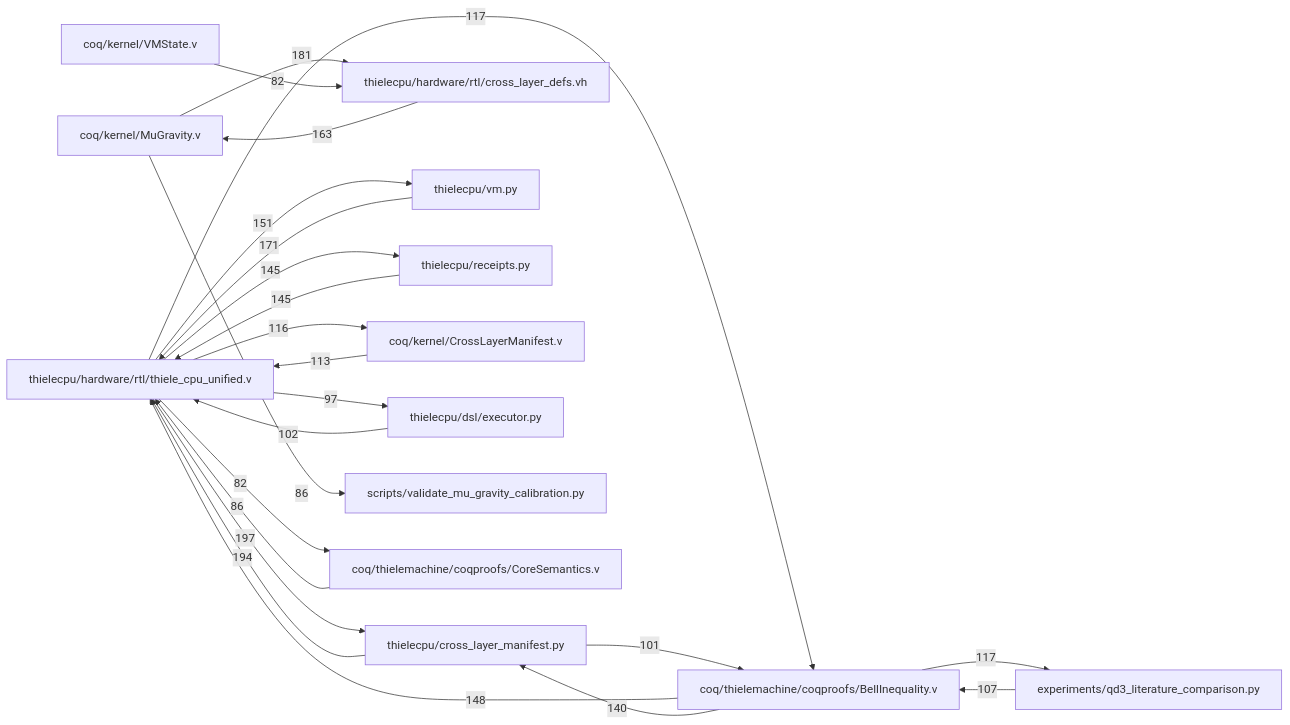
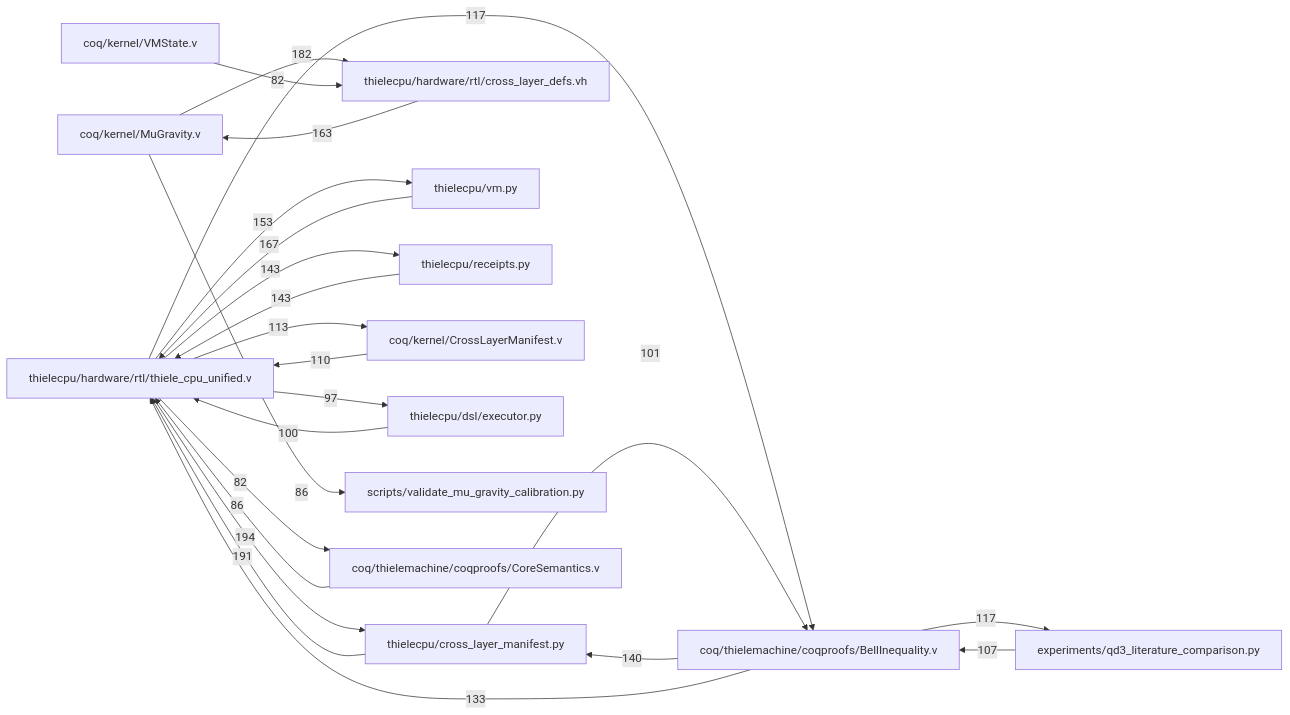
The second of 3 diagrams in artifacts/ATLAS.md (sethirus/The-Thiele-Machine), drawn with Mermaid before and after one commit. The commit also changed other lines of this file and 473 other files, not shown here.

````diff
--- a/artifacts/ATLAS.md
+++ b/artifacts/ATLAS.md
@@ -684,69 +713,69 @@
 ```mermaid
 flowchart LR
   N1["thielecpu/hardware/rtl/thiele_cpu_unified.v"]
   N2["thielecpu/cross_layer_manifest.py"]
-  N1 -->|197| N2
+  N1 -->|194| N2
   N2["thielecpu/cross_layer_manifest.py"]
   N1["thielecpu/hardware/rtl/thiele_cpu_unified.v"]
-  N2 -->|194| N1
+  N2 -->|191| N1
   N3["coq/kernel/MuGravity.v"]
   N4["thielecpu/hardware/rtl/cross_layer_defs.vh"]
-  N3 -->|181| N4
+  N3 -->|182| N4
   N5["thielecpu/vm.py"]
   N1["thielecpu/hardware/rtl/thiele_cpu_unified.v"]
-  N5 -->|171| N1
+  N5 -->|167| N1
   N4["thielecpu/hardware/rtl/cross_layer_defs.vh"]
   N3["coq/kernel/MuGravity.v"]
   N4 -->|163| N3
   N1["thielecpu/hardware/rtl/thiele_cpu_unified.v"]
   N5["thielecpu/vm.py"]
-  N1 -->|151| N5
-  N6["coq/thielemachine/coqproofs/BellInequality.v"]
+  N1 -->|153| N5
   N1["thielecpu/hardware/rtl/thiele_cpu_unified.v"]
-  N6 -->|148| N1
+  N6["thielecpu/receipts.py"]
+  N1 -->|143| N6
+  N6["thielecpu/receipts.py"]
   N1["thielecpu/hardware/rtl/thiele_cpu_unified.v"]
-  N7["thielecpu/receipts.py"]
-  N1 -->|145| N7
-  N7["thielecpu/receipts.py"]
+  N6 -->|143| N1
+  N7["coq/thielemachine/coqproofs/BellInequality.v"]
+  N2["thielecpu/cross_layer_manifest.py"]
+  N7 -->|140| N2
+  N7["coq/thielemachine/coqproofs/BellInequality.v"]
   N1["thielecpu/hardware/rtl/thiele_cpu_unified.v"]
-  N7 -->|145| N1
-  N6["coq/thielemachine/coqproofs/BellInequality.v"]
-  N2["thielecpu/cross_layer_manifest.py"]
-  N6 -->|140| N2
-  N6["coq/thielemachine/coqproofs/BellInequality.v"]
+  N7 -->|133| N1
+  N7["coq/thielemachine/coqproofs/BellInequality.v"]
   N8["experiments/qd3_literature_comparison.py"]
-  N6 -->|117| N8
+  N7 -->|117| N8
   N1["thielecpu/hardware/rtl/thiele_cpu_unified.v"]
-  N6["coq/thielemachine/coqproofs/BellInequality.v"]
-  N1 -->|117| N6
+  N7["coq/thielemachine/coqproofs/BellInequality.v"]
+  N1 -->|117| N7
   N1["thielecpu/hardware/rtl/thiele_cpu_unified.v"]
   N9["coq/kernel/CrossLayerManifest.v"]
-  N1 -->|116| N9
+  N1 -->|113| N9
   N9["coq/kernel/CrossLayerManifest.v"]
   N1["thielecpu/hardware/rtl/thiele_cpu_unified.v"]
-  N9 -->|113| N1
+  N9 -->|110| N1
   N8["experiments/qd3_literature_comparison.py"]
-  N6["coq/thielemachine/coqproofs/BellInequality.v"]
-  N8 -->|107| N6
+  N7["coq/thielemachine/coqproofs/BellInequality.v"]
+  N8 -->|107| N7
+  N2["thielecpu/cross_layer_manifest.py"]
+  N7["coq/thielemachine/coqproofs/BellInequality.v"]
+  N2 -->|101| N7
   N10["thielecpu/dsl/executor.py"]
   N1["thielecpu/hardware/rtl/thiele_cpu_unified.v"]
-  N10 -->|102| N1
-  N2["thielecpu/cross_layer_manifest.py"]
-  N6["coq/thielemachine/coqproofs/BellInequality.v"]
-  N2 -->|101| N6
+  N10 -->|100| N1
   N1["thielecpu/hardware/rtl/thiele_cpu_unified.v"]
   N10["thielecpu/dsl/executor.py"]
   N1 -->|97| N10
   N3["coq/kernel/MuGravity.v"]
   N11["scripts/validate_mu_gravity_calibration.py"]
   N3 -->|86| N11
   N12["coq/thielemachine/coqproofs/CoreSemantics.v"]
   N1["thielecpu/hardware/rtl/thiele_cpu_unified.v"]
   N12 -->|86| N1
   N13["coq/kernel/VMState.v"]
   N4["thielecpu/hardware/rtl/cross_layer_defs.vh"]
   N13 -->|82| N4
   N1["thielecpu/hardware/rtl/thiele_cpu_unified.v"]
   N12["coq/thielemachine/coqproofs/CoreSemantics.v"]
   N1 -->|82| N12
 ```
````
